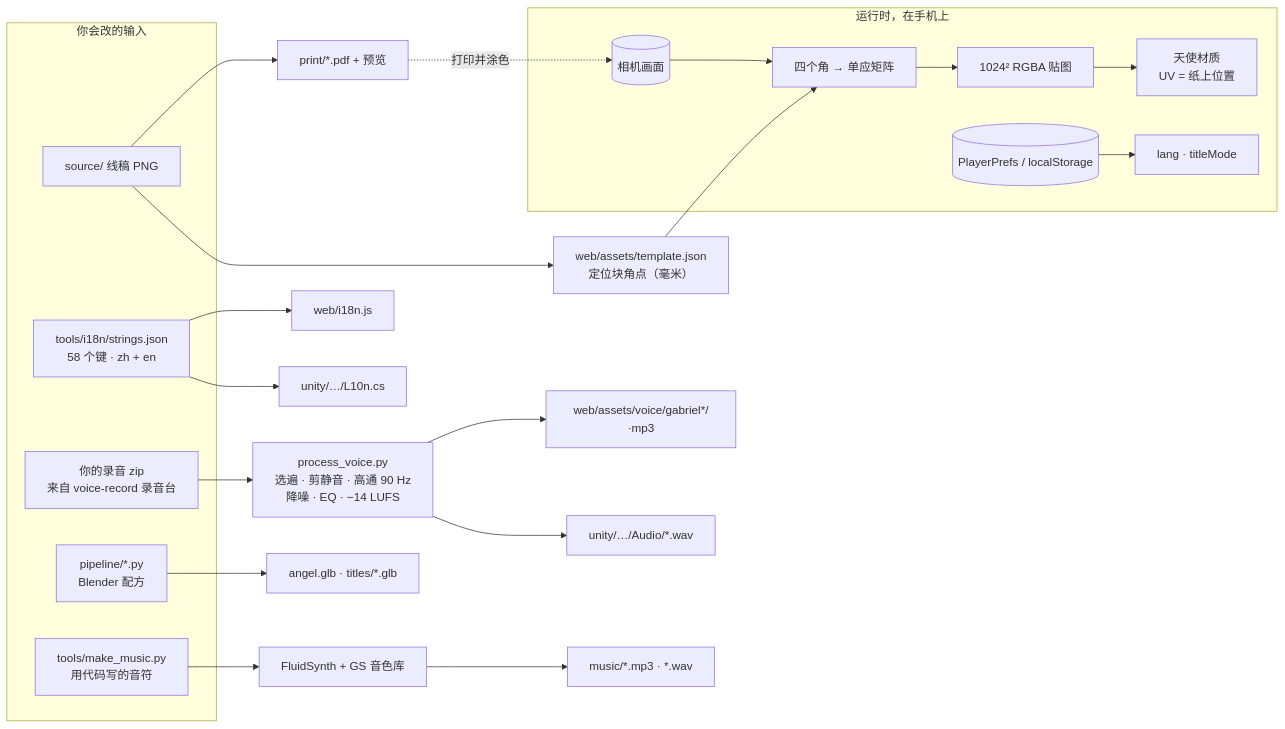
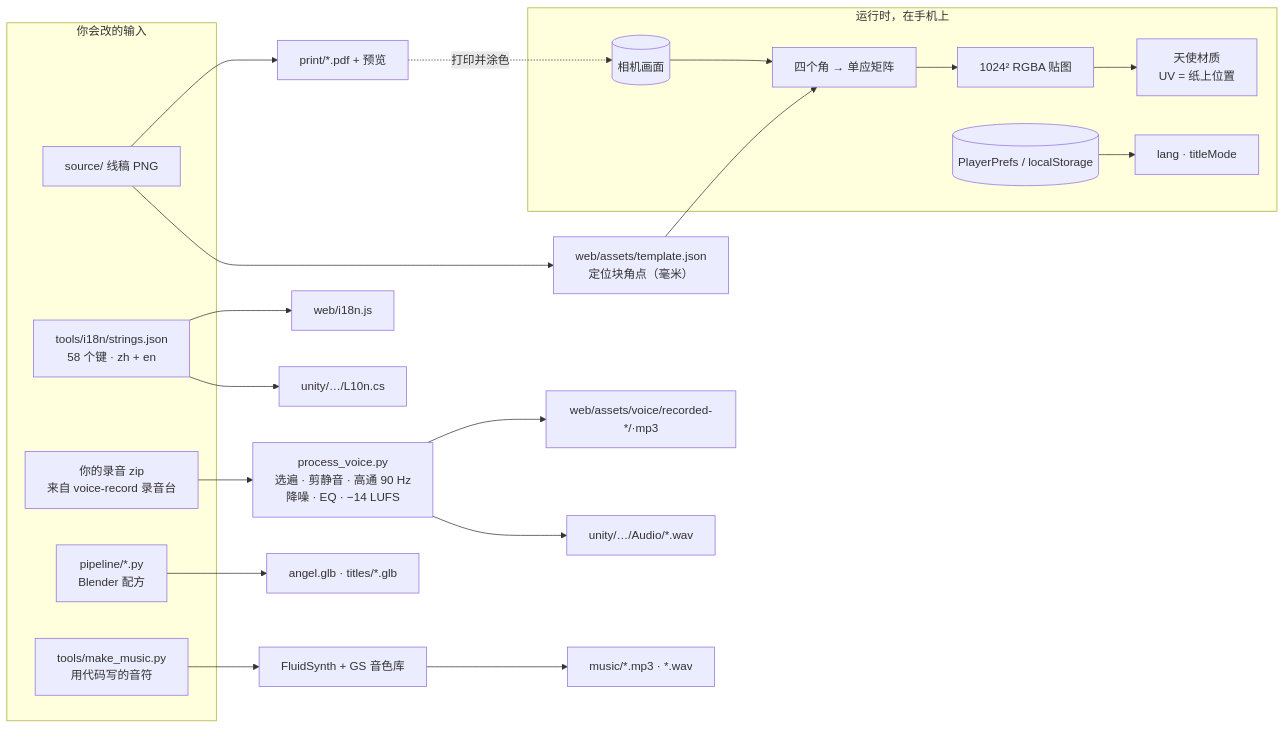
One commit to GabrielPower1969/doodlive changed the fifth of 5 diagrams in README.zh.md. Above: the diagram before and after it, drawn with Mermaid. The commit also changed other lines of this file and 630 other files, not shown here.

````diff
--- a/README.zh.md
+++ b/README.zh.md
@@ -235,29 +235,29 @@
 ```mermaid
 flowchart LR
     subgraph IN["你会改的输入"]
         LA[source/ 线稿 PNG]
         SJ[tools/i18n/strings.json<br/>58 个键 · zh + en]
         ZIP[你的录音 zip<br/>来自 voice-record 录音台]
         BPY[pipeline/*.py<br/>Blender 配方]
         MID[tools/make_music.py<br/>用代码写的音符]
     end
 
     LA --> PDF[print/*.pdf + 预览]
     LA --> TPL[web/assets/template.json<br/>定位块角点（毫米）]
     SJ --> JS[web/i18n.js]
     SJ --> CS[unity/…/L10n.cs]
     ZIP --> PV[process_voice.py<br/>选遍 · 剪静音 · 高通 90 Hz<br/>降噪 · EQ · −14 LUFS]
-    PV --> MP3[web/assets/voice/gabriel*/·mp3]
+    PV --> MP3[web/assets/voice/recorded-*/·mp3]
     PV --> WAV[unity/…/Audio/*.wav]
     BPY --> GLB[angel.glb · titles/*.glb]
     MID --> FS[FluidSynth + GS 音色库] --> MUS[music/*.mp3 · *.wav]
 
     subgraph RUN["运行时，在手机上"]
         CAM[(相机画面)] --> H[四个角 → 单应矩阵]
         H --> TEX[1024² RGBA 贴图]
         TEX --> MAT[天使材质<br/>UV = 纸上位置]
         PP[(PlayerPrefs / localStorage)] --> LANG[lang · titleMode]
     end
     PDF -. 打印并涂色 .-> CAM
     TPL --> H
 ```
````
